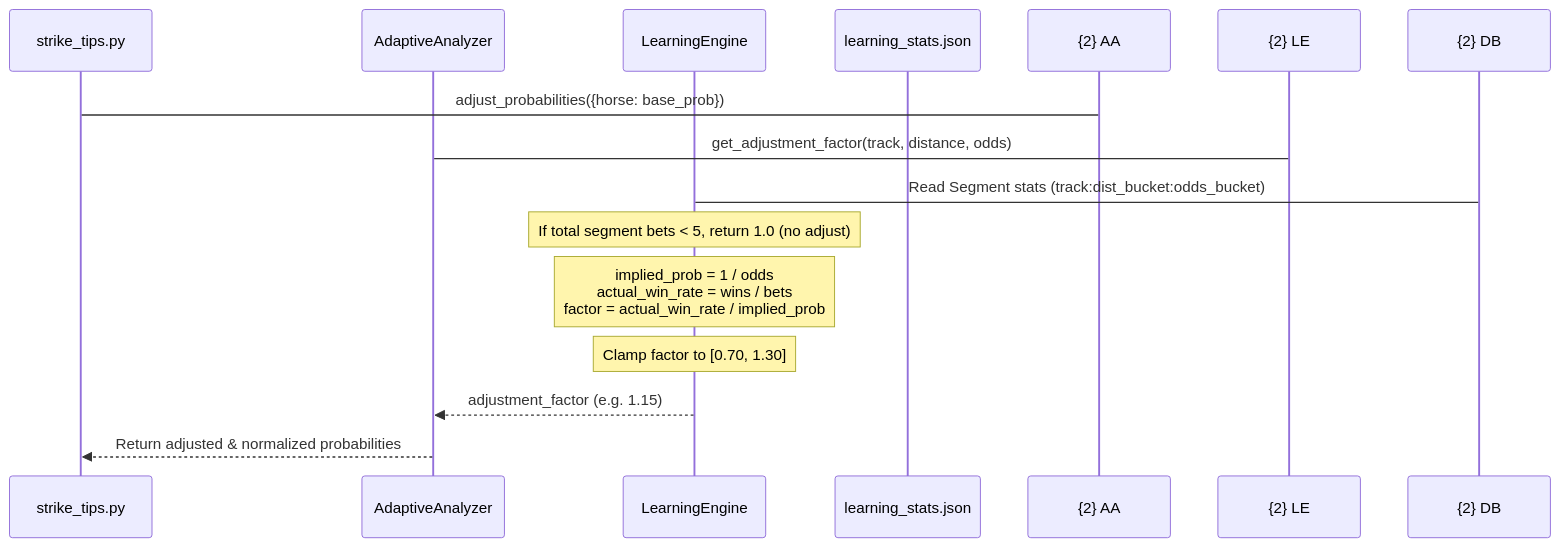
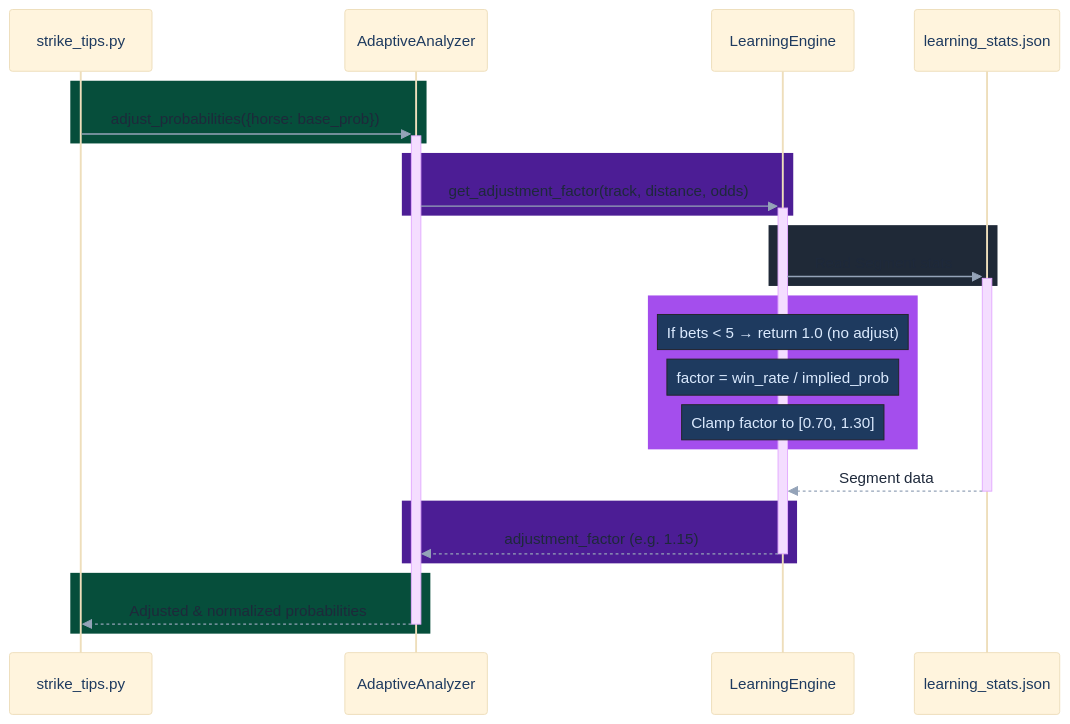
Before and after one commit to Gmpho/strike-tips-autonomous-: the second of 2 diagrams in docs/architecture_review.md, drawn with Mermaid. The commit also changed other lines of this file and 8 other files, not shown here.

Commit message:
docs: update Mermaid diagrams and architecture documentation for the hotpatch management flow

````diff
--- a/docs/architecture_review.md
+++ b/docs/architecture_review.md
@@ -105,16 +155,43 @@
 ```mermaid
+%%{
+  init: {
+    'theme': 'base',
+    'themeVariables': {
+      'actorBorders': '#2563EB',
+      'actorTextColor': '#1E3A5F',
+      'sequenceNumberColor': '#FFF',
+      'signalColor': '#94A3B8',
+      'signalTextColor': '#1E293B',
+      'noteBkgColor': '#1E3A5F',
+      'noteTextColor': '#DBEAFE'
+    }
+  }
+}%%
 sequenceDiagram
     participant ST as strike_tips.py
     participant AA as AdaptiveAnalyzer
     participant LE as LearningEngine
     participant DB as learning_stats.json
 
-    ST->{2} AA: adjust_probabilities({horse: base_prob})
-    AA->{2} LE: get_adjustment_factor(track, distance, odds)
-    LE->{2} DB: Read Segment stats (track:dist_bucket:odds_bucket)
-    Note over LE: If total segment bets < 5, return 1.0 (no adjust)
-    Note over LE: implied_prob = 1 / odds<br/>actual_win_rate = wins / bets<br/>factor = actual_win_rate / implied_prob
-    Note over LE: Clamp factor to [0.70, 1.30]
-    LE-->>AA: adjustment_factor (e.g. 1.15)
-    AA-->>ST: Return adjusted & normalized probabilities
+    rect rgb(6, 78, 59)
+        ST->>+AA: adjust_probabilities({horse: base_prob})
+    end
+    rect rgb(76, 29, 149)
+        AA->>+LE: get_adjustment_factor(track, distance, odds)
+    end
+    rect rgb(31, 41, 55)
+        LE->>+DB: Read Segment stats
+    end
+    rect rgb(164, 78, 237)
+        Note over LE: If bets < 5 → return 1.0 (no adjust)
+        Note over LE: factor = win_rate / implied_prob
+        Note over LE: Clamp factor to [0.70, 1.30]
+    end
+    DB-->>-LE: Segment data
+    rect rgb(76, 29, 149)
+        LE-->>-AA: adjustment_factor (e.g. 1.15)
+    end
+    rect rgb(6, 78, 59)
+        AA-->>-ST: Adjusted & normalized probabilities
+    end
 ```
````
